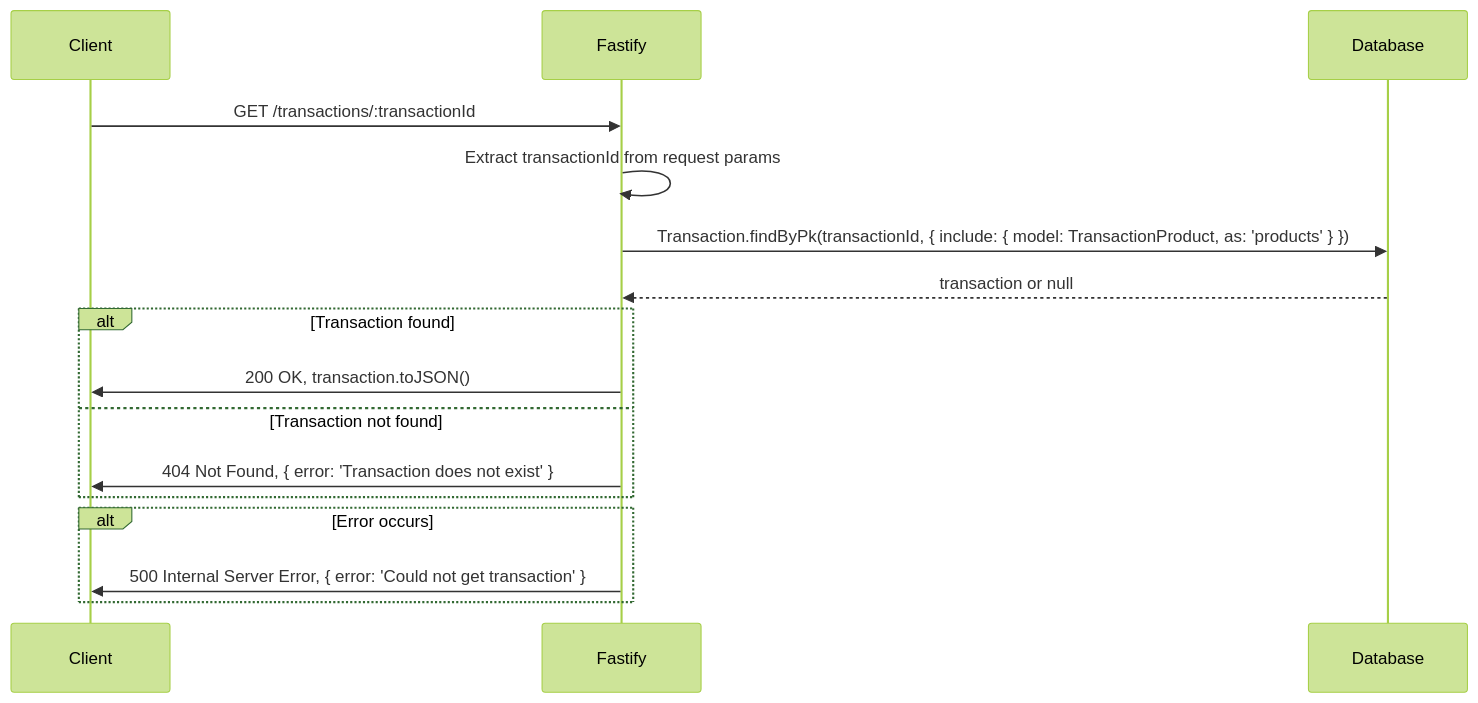
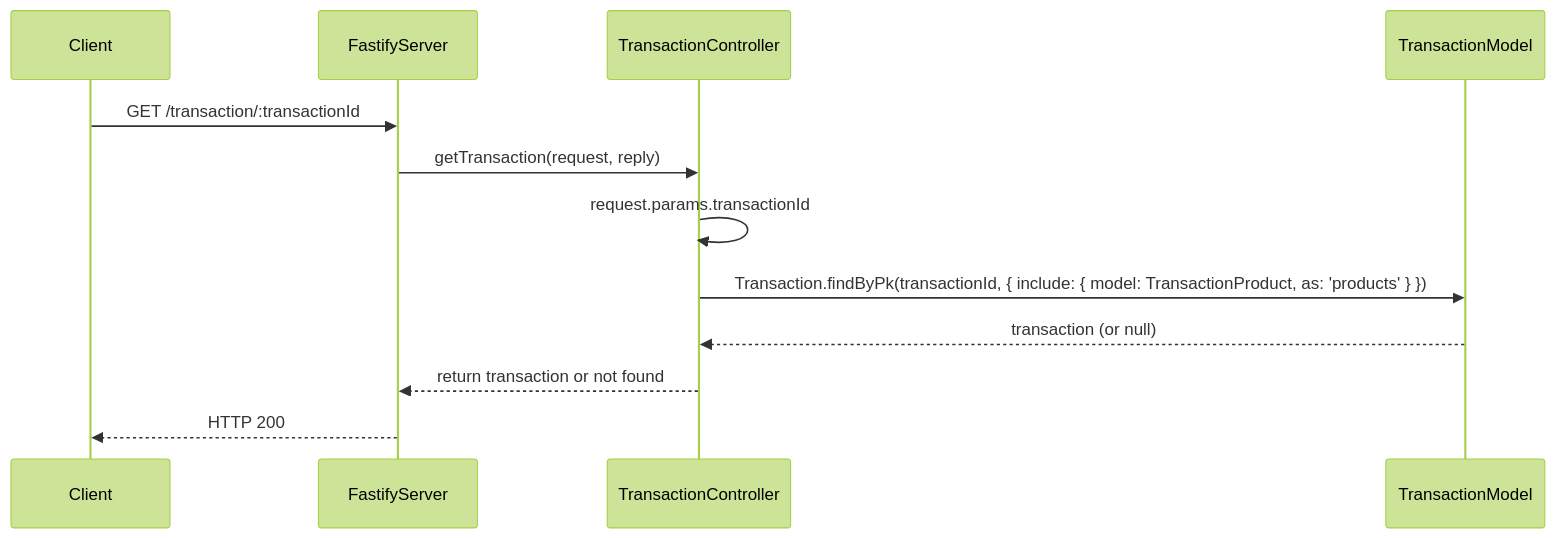
The second of 2 diagrams in src/modules/transaction/README.md (JohnsonJay/pos), drawn with Mermaid (forest theme) before and after one commit. The commit also changed other lines of this file, not shown here.

Commit message:
updated transaction module readme

````diff
--- a/src/modules/transaction/README.md
+++ b/src/modules/transaction/README.md
@@ -39,19 +34,15 @@
 ```mermaid
 sequenceDiagram
     participant Client
-    participant Fastify
-    participant Database
+    participant FastifyServer
+    participant TransactionController
+    participant TransactionModel
 
-    Client->>Fastify: GET /transactions/:transactionId
-    Fastify->>Fastify: Extract transactionId from request params
-    Fastify->>Database: Transaction.findByPk(transactionId, { include: { model: TransactionProduct, as: 'products' } })
-    Database-->>Fastify: transaction or null
-    alt Transaction found
-        Fastify->>Client: 200 OK, transaction.toJSON()
-    else Transaction not found
-        Fastify->>Client: 404 Not Found, { error: 'Transaction does not exist' }
-    end
-    alt Error occurs
-        Fastify->>Client: 500 Internal Server Error, { error: 'Could not get transaction' }
-    end
+    Client->>FastifyServer: GET /transaction/:transactionId
+    FastifyServer->>TransactionController: getTransaction(request, reply)
+    TransactionController->>TransactionController: request.params.transactionId
+    TransactionController->>TransactionModel: Transaction.findByPk(transactionId, { include: { model: TransactionProduct, as: 'products' } })
+    TransactionModel-->>TransactionController: transaction (or null)
+    TransactionController-->>FastifyServer: return transaction or not found
+    FastifyServer-->>Client: HTTP 200
 ```
````
